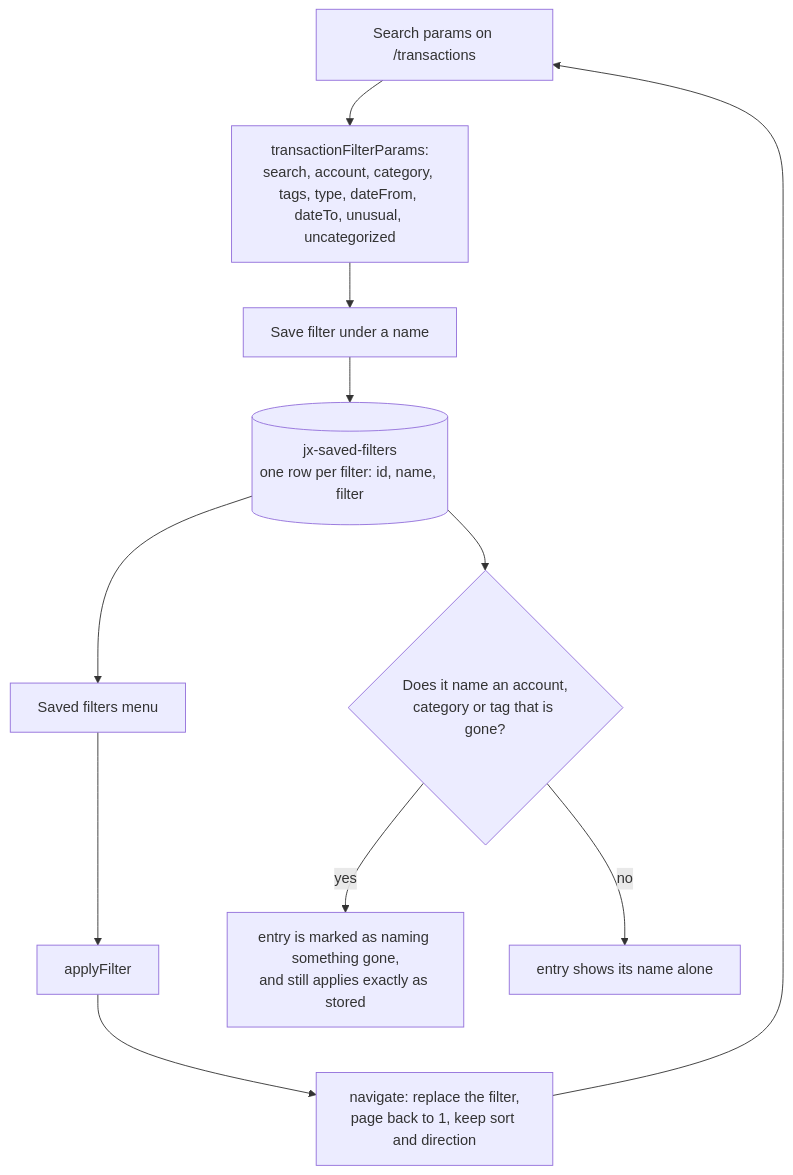
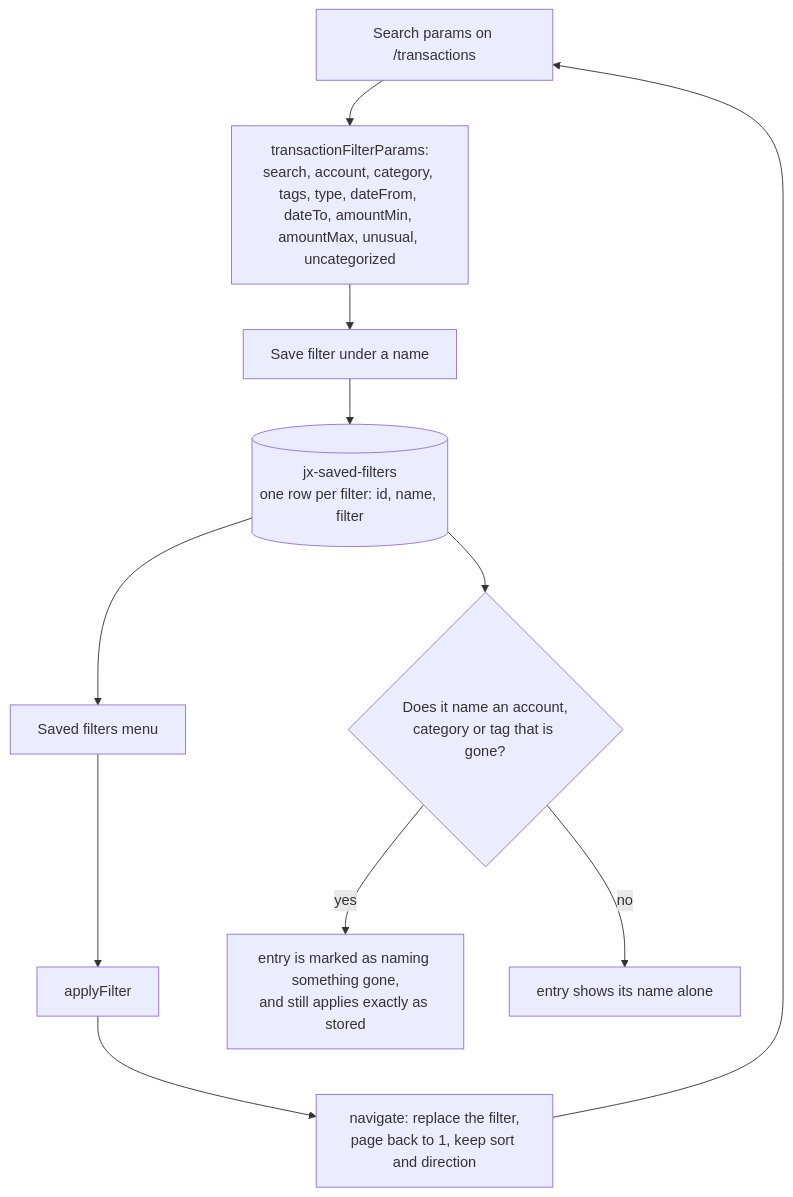
Before and after one commit to Justxs/Jx-Finance: the fourth of 5 diagrams in docs/features/transactions.md, drawn with Mermaid. The commit also changed other lines of this file and 46 other files, not shown here.

````diff
--- a/docs/features/transactions.md
+++ b/docs/features/transactions.md
@@ -158,13 +164,13 @@
 ```mermaid
 flowchart TD
-    Url["Search params on /transactions"] --> Part["transactionFilterParams:<br/>search, account, category, tags, type, dateFrom, dateTo, unusual, uncategorized"]
+    Url["Search params on /transactions"] --> Part["transactionFilterParams:<br/>search, account, category, tags, type, dateFrom, dateTo, amountMin, amountMax, unusual, uncategorized"]
     Part --> Save["Save filter under a name"]
     Save --> Store[("jx-saved-filters<br/>one row per filter: id, name, filter")]
     Store --> List["Saved filters menu"]
     List --> Apply["applyFilter"]
     Apply --> Nav["navigate: replace the filter,<br/>page back to 1, keep sort and direction"]
     Nav --> Url
     Store --> Check{"Does it name an account,<br/>category or tag that is gone?"}
     Check -->|"yes"| Mark["entry is marked as naming something gone,<br/>and still applies exactly as stored"]
     Check -->|"no"| Plain["entry shows its name alone"]
 ```
````
